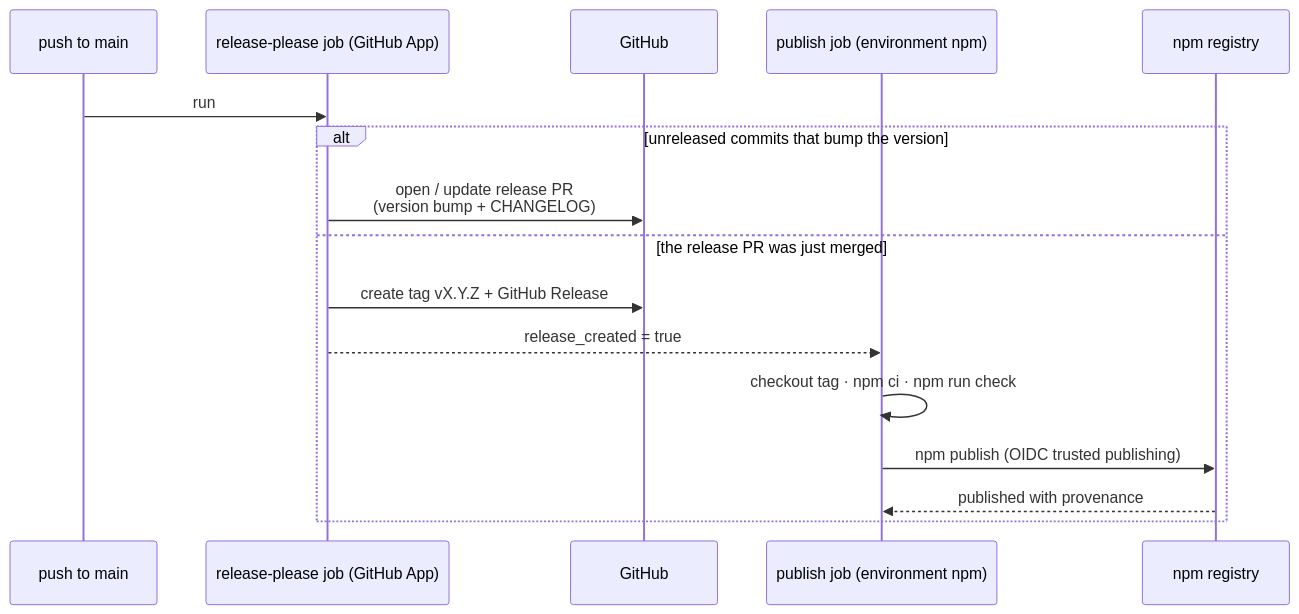
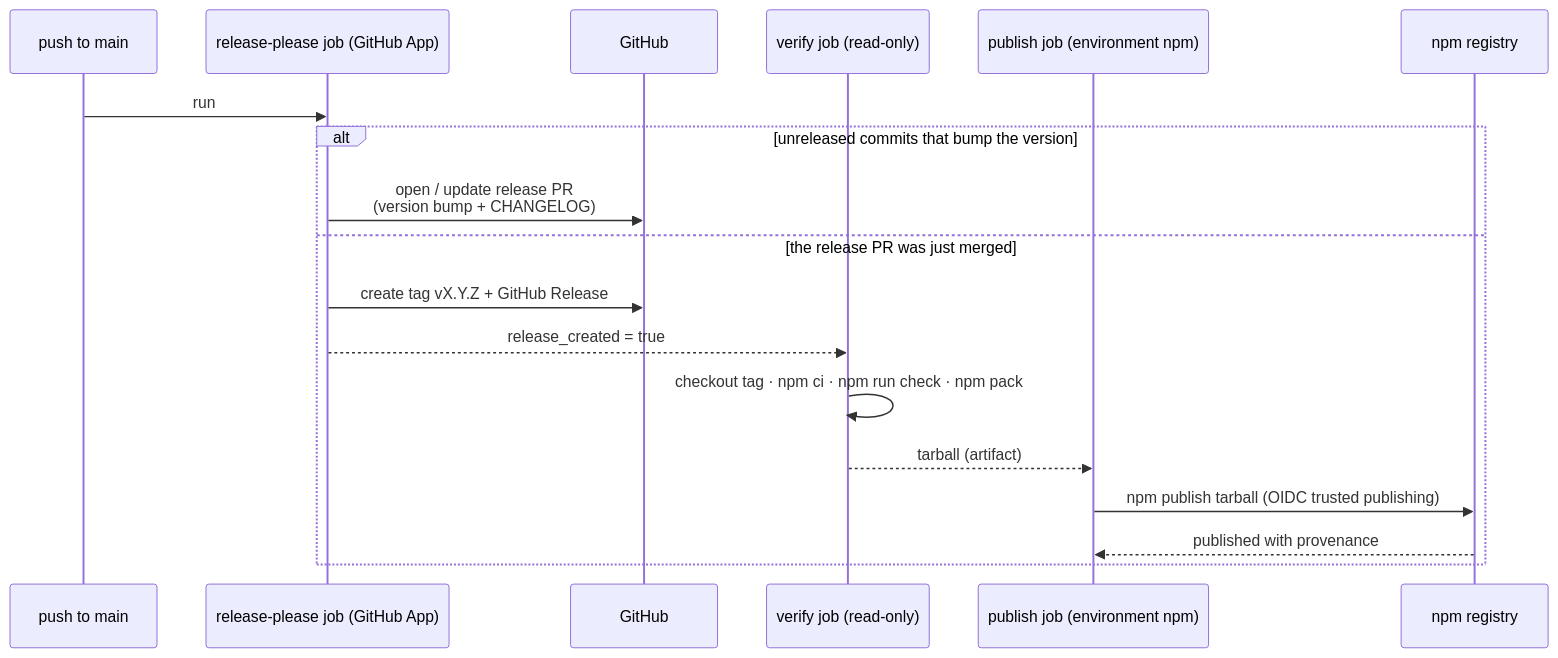
One commit to SoulcodeAgency/bexio-oauth changed the third of 5 diagrams in docs/development.md. Above: the diagram before and after it, drawn with Mermaid. The commit also changed other lines of this file and 59 other files, not shown here.

````diff
--- a/docs/development.md
+++ b/docs/development.md
@@ -115,19 +114,21 @@
 ```mermaid
 sequenceDiagram
     participant Main as push to main
     participant RP as release-please job (GitHub App)
     participant GH as GitHub
+    participant Ver as verify job (read-only)
     participant Pub as publish job (environment npm)
     participant NPM as npm registry
 
     Main->>RP: run
     alt unreleased commits that bump the version
         RP->>GH: open / update release PR<br/>(version bump + CHANGELOG)
     else the release PR was just merged
         RP->>GH: create tag vX.Y.Z + GitHub Release
-        RP-->>Pub: release_created = true
-        Pub->>Pub: checkout tag · npm ci · npm run check
-        Pub->>NPM: npm publish (OIDC trusted publishing)
+        RP-->>Ver: release_created = true
+        Ver->>Ver: checkout tag · npm ci · npm run check · npm pack
+        Ver-->>Pub: tarball (artifact)
+        Pub->>NPM: npm publish tarball (OIDC trusted publishing)
         NPM-->>Pub: published with provenance
     end
 ```
````
